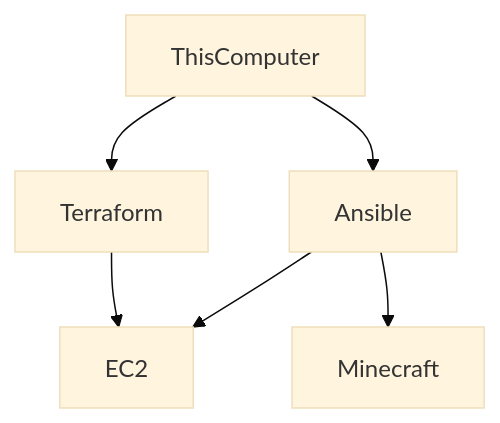
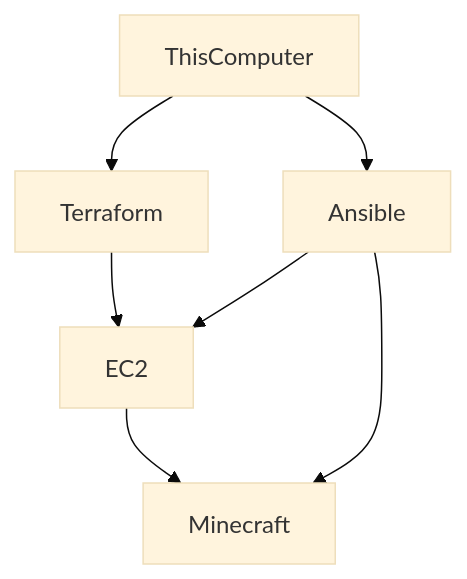
The diagram in README.md (SandFrog/CS312Project2), drawn with Mermaid (base theme) before and after one commit.

Commit message:
Diagram Fixes

````diff
--- a/README.md
+++ b/README.md
@@ -7,8 +7,9 @@
 ```mermaid
 graph TD;
     ThisComputer-->Terraform;
     ThisComputer-->Ansible;
     Terraform-->EC2;
     Ansible-->EC2;
+    EC2-->Minecraft;
     Ansible-->Minecraft;
 ```
````
